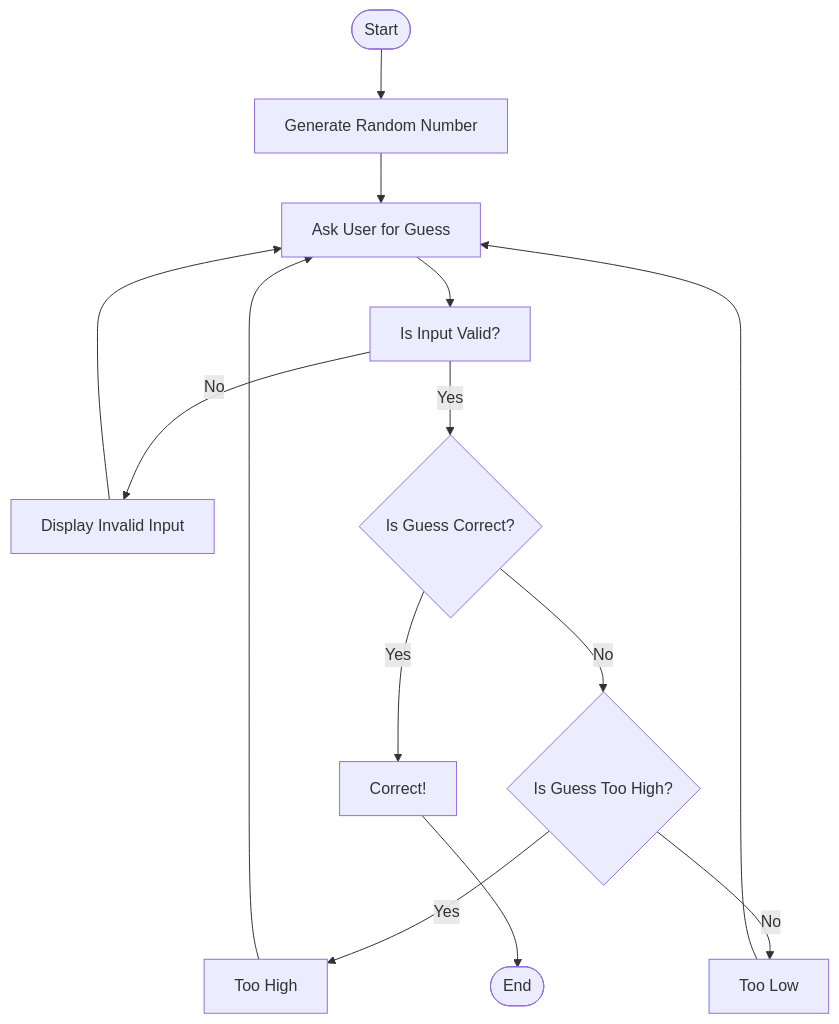
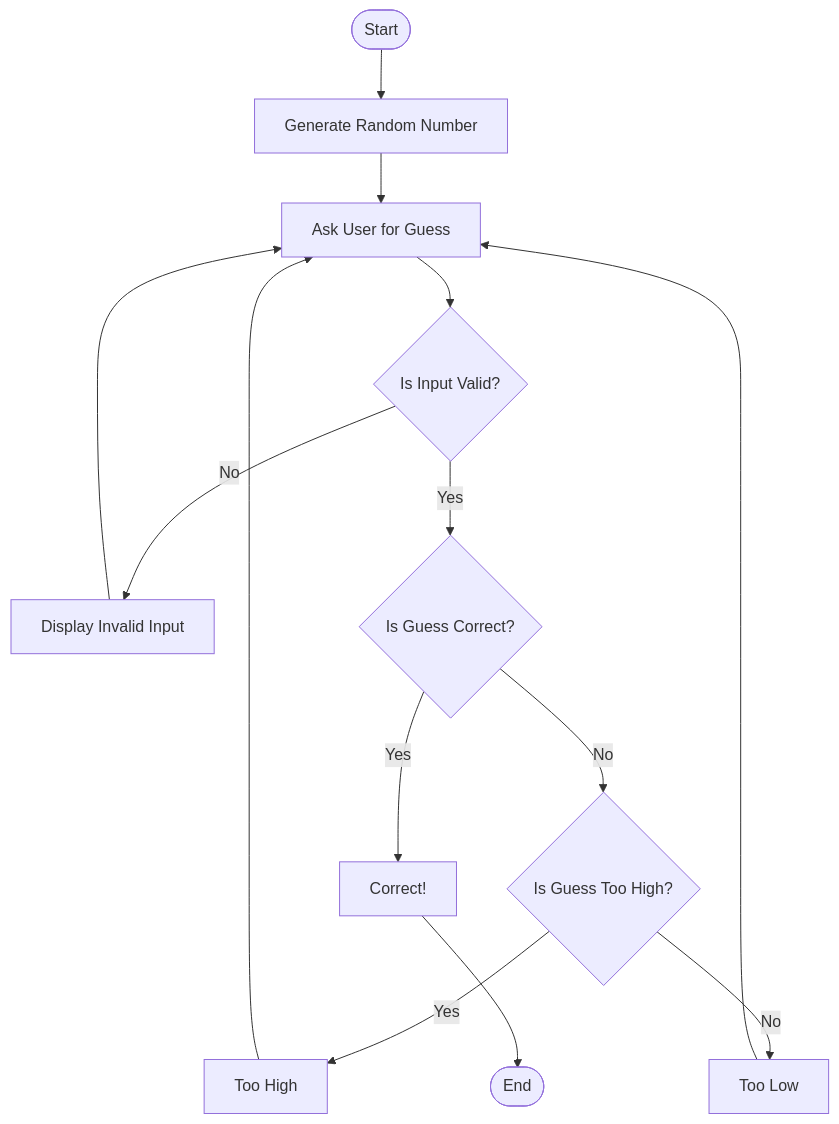
One commit to Younes-agourram/Younes-agourram.github.io changed the diagram in Guessing.md. Above: the diagram before and after it, drawn with Mermaid.

Commit message:
Guessing.md

````diff
--- a/Guessing.md
+++ b/Guessing.md
@@ -1,16 +1,16 @@
 ```mermaid
 flowchart TD
     A([Start]) --> B[Generate Random Number]
     B --> C[Ask User for Guess]
-    C --> D[Is Input Valid?]
+    C --> D{Is Input Valid?}
     D -- No --> E[Display Invalid Input]
     E --> C
     D -- Yes --> F{Is Guess Correct?}
     F -- No --> G{Is Guess Too High?}
     G -- Yes --> H[Too High]
     H --> C
     G -- No --> I[Too Low]
     I --> C
     F -- Yes --> J[Correct!]
     J -->  K([End])
 ```
````
